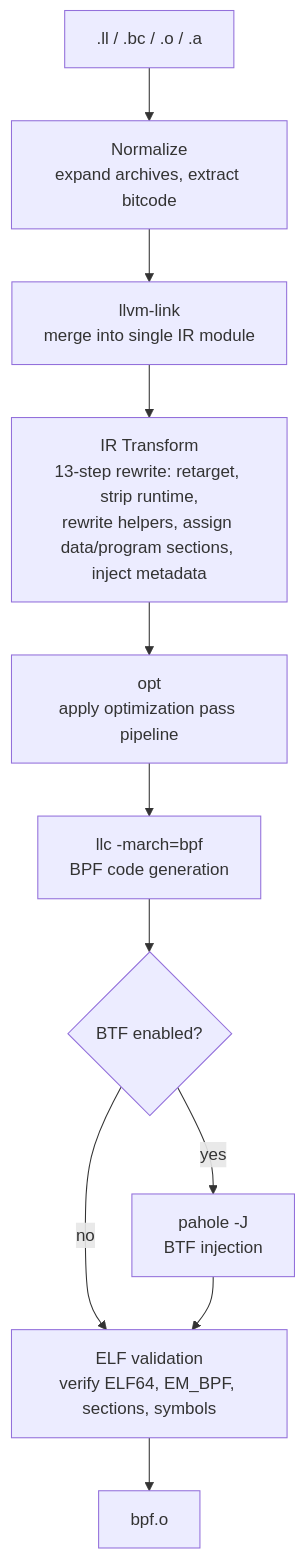
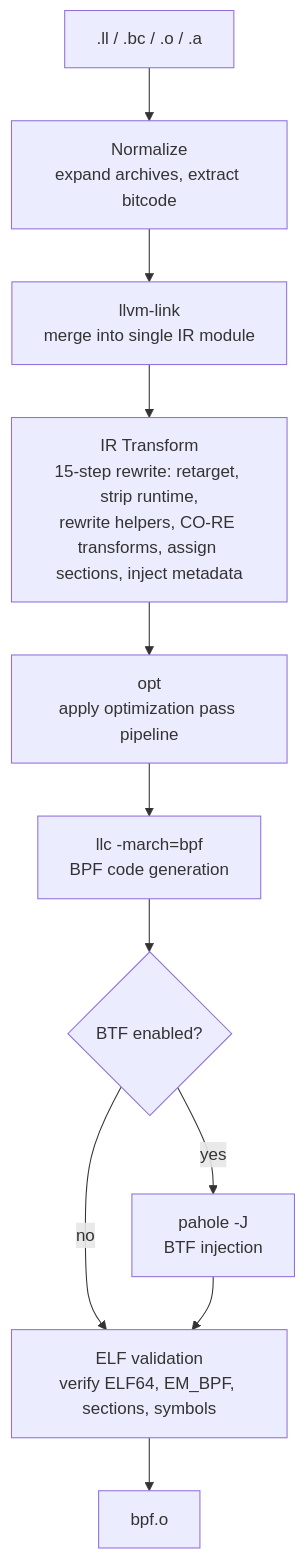
The first of 2 diagrams in docs/ARCHITECTURE.md (kyleseneker/tinybpf), drawn with Mermaid before and after one commit. The commit also changed other lines of this file and 10 other files, not shown here.

````diff
--- a/docs/ARCHITECTURE.md
+++ b/docs/ARCHITECTURE.md
@@ -7,13 +7,13 @@
 ```mermaid
 graph TD
     A[".ll / .bc / .o / .a"] --> B["Normalize<br>expand archives, extract bitcode"]
     B --> C["llvm-link<br>merge into single IR module"]
-    C --> D["IR Transform<br>13-step rewrite: retarget, strip runtime,<br>rewrite helpers, assign data/program sections, inject metadata"]
+    C --> D["IR Transform<br>15-step rewrite: retarget, strip runtime,<br>rewrite helpers, CO-RE transforms, assign sections, inject metadata"]
     D --> E["opt<br>apply optimization pass pipeline"]
     E --> F["llc -march=bpf<br>BPF code generation"]
     F --> G{"BTF enabled?"}
     G -- yes --> H["pahole -J<br>BTF injection"]
     G -- no --> I["ELF validation<br>verify ELF64, EM_BPF, sections, symbols"]
     H --> I
     I --> J["bpf.o"]
 ```
````
